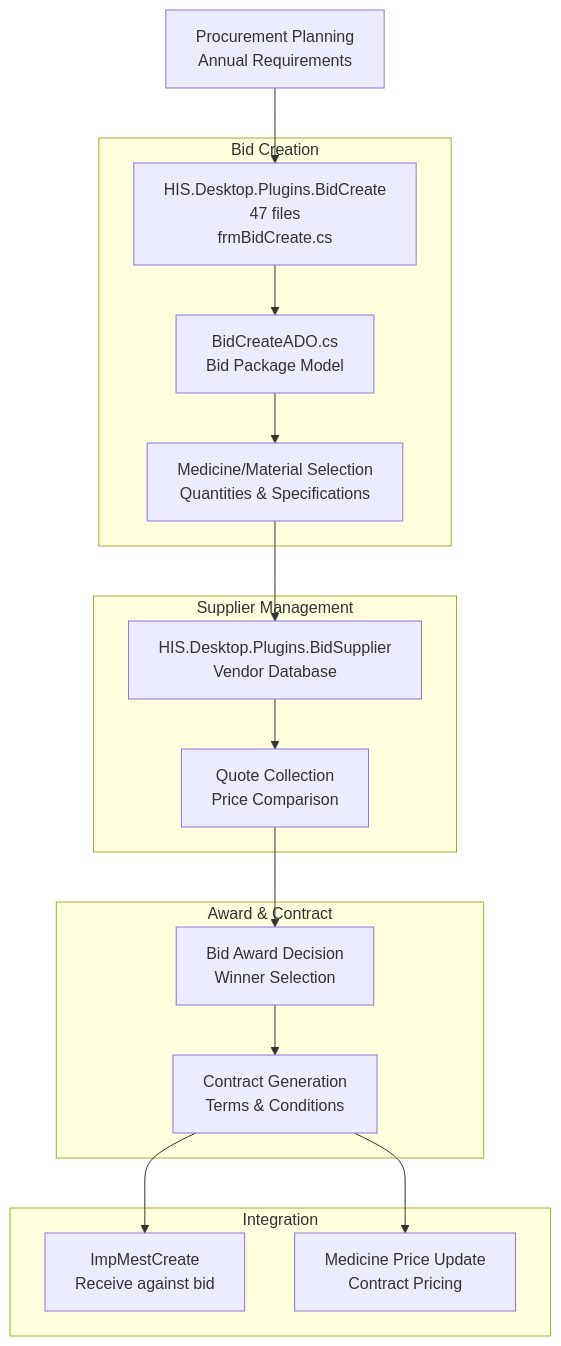
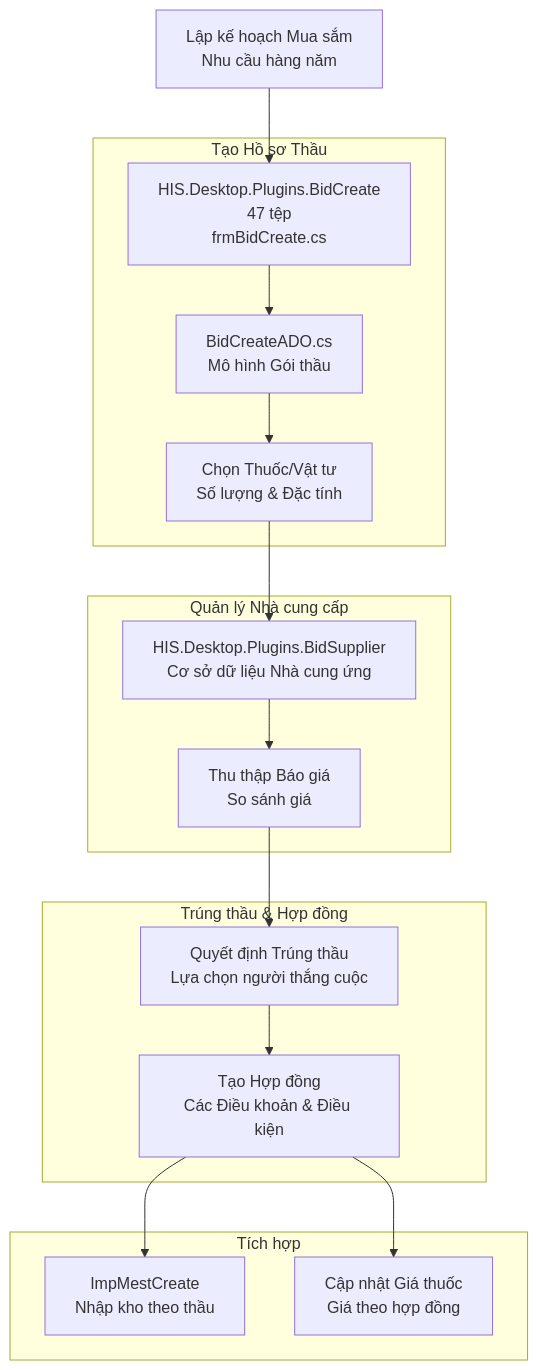
One commit to thangpnb/HIS changed the sixth of 8 diagrams in docs/his-ba-documentation/03-business-domains/pharmacy/medicine-material.md. Above: the diagram before and after it, drawn with Mermaid. The commit also changed other lines of this file and 30 other files, not shown here.

Commit message:
Refactor architecture docs and update translations

````diff
--- a/docs/his-ba-documentation/03-business-domains/pharmacy/medicine-material.md
+++ b/docs/his-ba-documentation/03-business-domains/pharmacy/medicine-material.md
@@ -308,35 +308,35 @@
 ```mermaid
 graph TB
-    Planning["Procurement Planning<br/>Annual Requirements"]
+    Planning["Lập kế hoạch Mua sắm<br/>Nhu cầu hàng năm"]
     
-    subgraph "Bid Creation"
-        BidPlugin["HIS.Desktop.Plugins.BidCreate<br/>47 files<br/>frmBidCreate.cs"]
-        BidADO["BidCreateADO.cs<br/>Bid Package Model"]
-        ItemSelection["Medicine/Material Selection<br/>Quantities & Specifications"]
+    subgraph "Tạo Hồ sơ Thầu"
+        BidPlugin["HIS.Desktop.Plugins.BidCreate<br/>47 tệp<br/>frmBidCreate.cs"]
+        BidADO["BidCreateADO.cs<br/>Mô hình Gói thầu"]
+        ItemSelection["Chọn Thuốc/Vật tư<br/>Số lượng & Đặc tính"]
     end
     
-    subgraph "Supplier Management"
-        SupplierPlugin["HIS.Desktop.Plugins.BidSupplier<br/>Vendor Database"]
-        SupplierQuote["Quote Collection<br/>Price Comparison"]
+    subgraph "Quản lý Nhà cung cấp"
+        SupplierPlugin["HIS.Desktop.Plugins.BidSupplier<br/>Cơ sở dữ liệu Nhà cung ứng"]
+        SupplierQuote["Thu thập Báo giá<br/>So sánh giá"]
     end
     
-    subgraph "Award & Contract"
-        BidAward["Bid Award Decision<br/>Winner Selection"]
-        ContractGen["Contract Generation<br/>Terms & Conditions"]
+    subgraph "Trúng thầu & Hợp đồng"
+        BidAward["Quyết định Trúng thầu<br/>Lựa chọn người thắng cuộc"]
+        ContractGen["Tạo Hợp đồng<br/>Các Điều khoản & Điều kiện"]
     end
     
-    subgraph "Integration"
-        ImpMest["ImpMestCreate<br/>Receive against bid"]
-        PriceUpdate["Medicine Price Update<br/>Contract Pricing"]
+    subgraph "Tích hợp"
+        ImpMest["ImpMestCreate<br/>Nhập kho theo thầu"]
+        PriceUpdate["Cập nhật Giá thuốc<br/>Giá theo hợp đồng"]
     end
     
     Planning --> BidPlugin
     BidPlugin --> BidADO
     BidADO --> ItemSelection
     ItemSelection --> SupplierPlugin
     SupplierPlugin --> SupplierQuote
     SupplierQuote --> BidAward
     BidAward --> ContractGen
     ContractGen --> ImpMest
     ContractGen --> PriceUpdate
 ```
````
